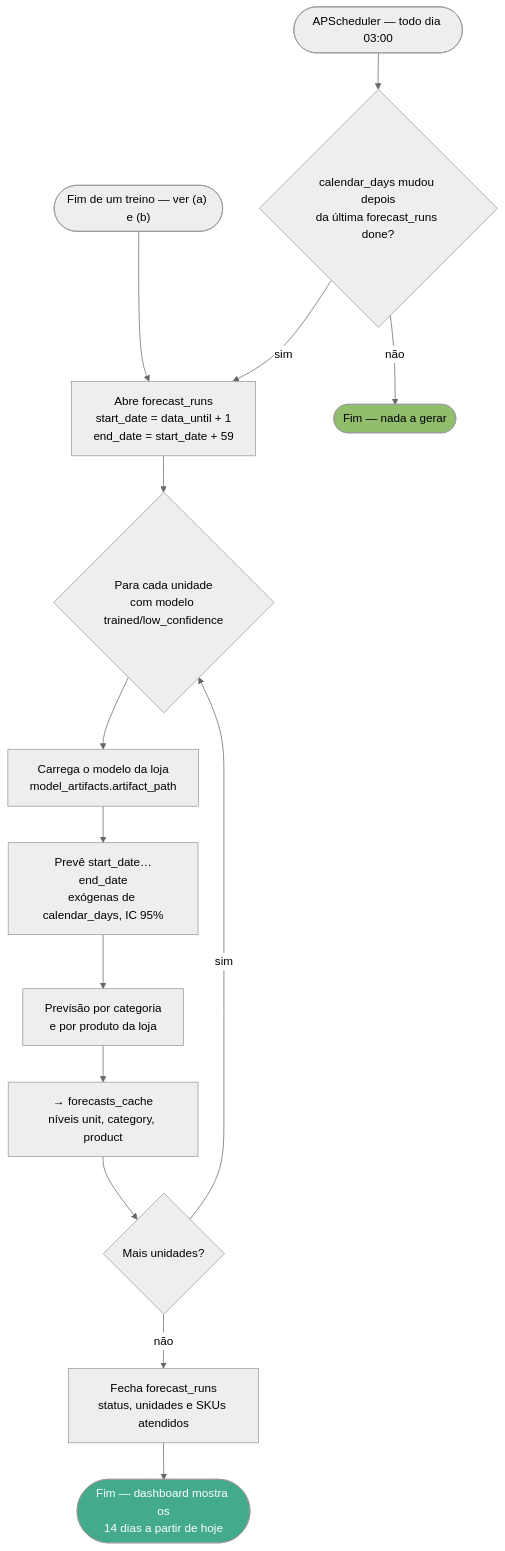
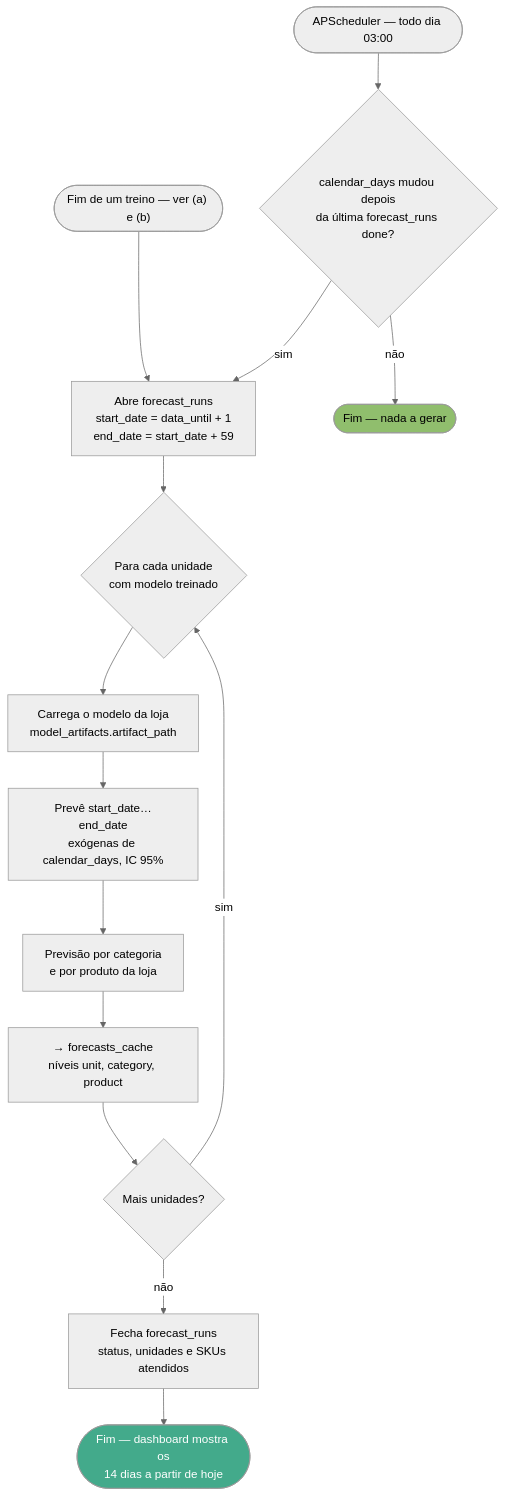
One commit to FelipeGA02/TCC---Inventory-Forecasting changed the third of 3 diagrams in docs/uml/activities.md. Above: the diagram before and after it, drawn with Mermaid (neutral theme). The commit also changed other lines of this file and 67 other files, not shown here.

````diff
--- a/docs/uml/activities.md
+++ b/docs/uml/activities.md
@@ -106,19 +101,19 @@
 ```mermaid
 flowchart TD
     A0(["Fim de um treino — ver (a) e (b)"]) --> B
     A([APScheduler — todo dia 03:00]) --> A1{calendar_days mudou depois<br/>da última forecast_runs done?}
     A1 -- não --> Z0([Fim — nada a gerar])
     A1 -- sim --> B[Abre forecast_runs<br/>start_date = data_until + 1<br/>end_date = start_date + 59]
-    B --> C{Para cada unidade<br/>com modelo trained/low_confidence}
+    B --> C{Para cada unidade<br/>com modelo treinado}
     C --> D[Carrega o modelo da loja<br/>model_artifacts.artifact_path]
     D --> E[Prevê start_date…end_date<br/>exógenas de calendar_days, IC 95%]
     E --> F[Previsão por categoria<br/>e por produto da loja]
     F --> G[→ forecasts_cache<br/>níveis unit, category, product]
     G --> H{Mais unidades?}
     H -- sim --> C
     H -- não --> K[Fecha forecast_runs<br/>status, unidades e SKUs atendidos]
     K --> L([Fim — dashboard mostra os<br/>14 dias a partir de hoje])
 
     style Z0 fill:#90be6d
     style L fill:#43aa8b,color:#fff
 ```
````
